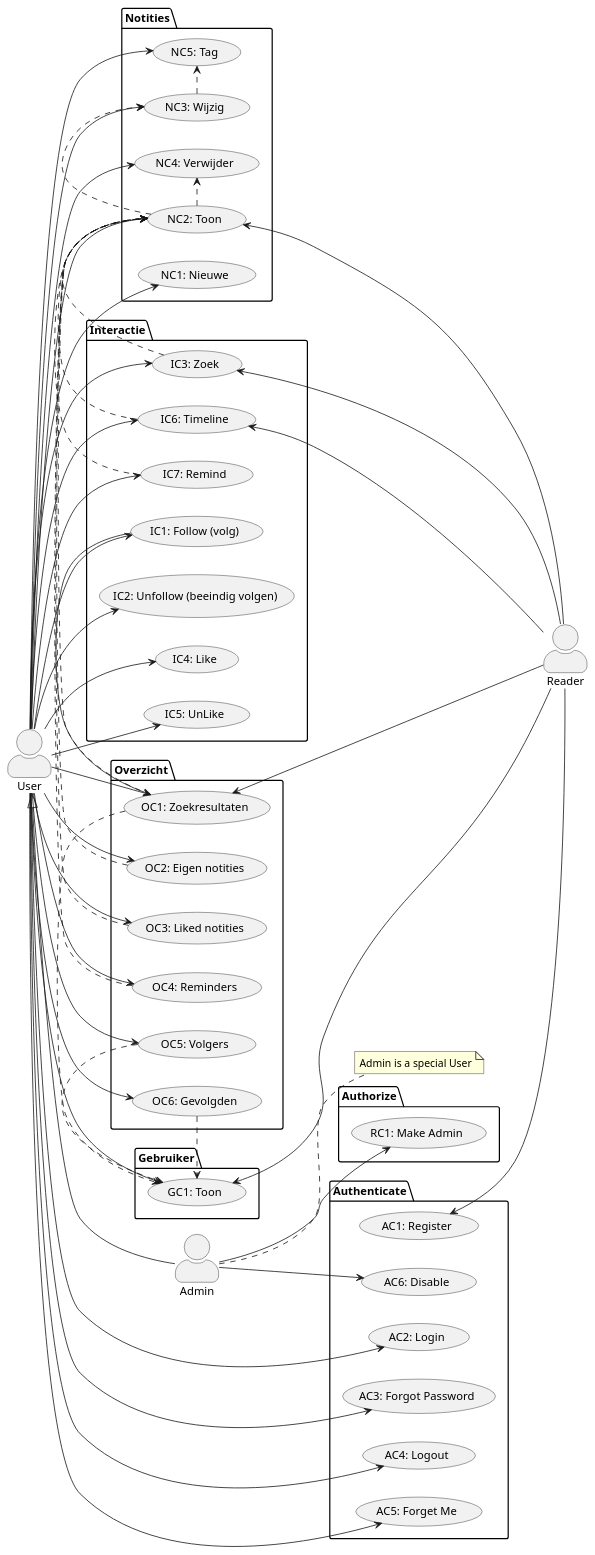
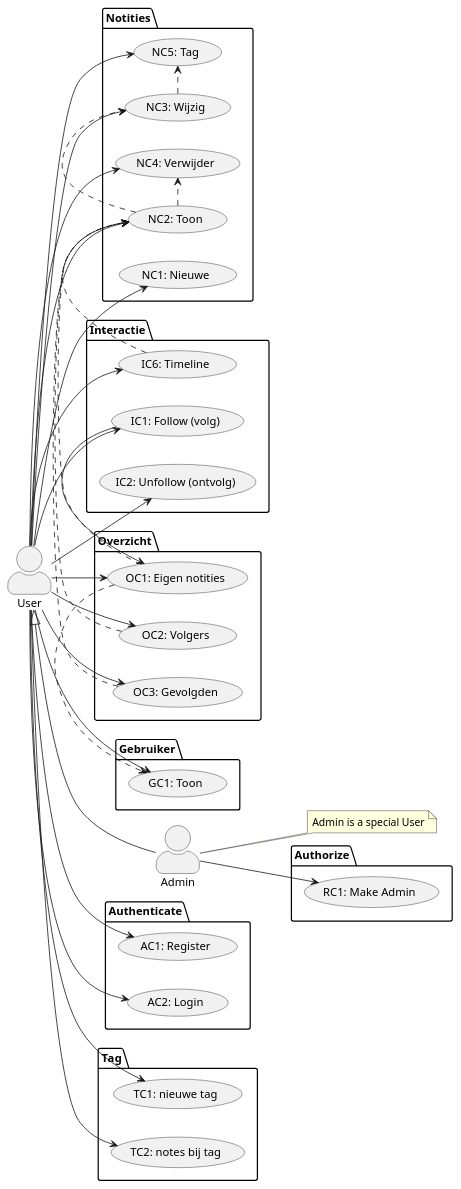
One commit to jvorhauer/noviaal changed the diagram in documentatie/FO/use-cases.puml. Above: the diagram before and after it, drawn with PlantUML. The commit also changed 32 other files, not shown here.

```diff
--- a/documentatie/FO/use-cases.puml
+++ b/documentatie/FO/use-cases.puml
@@ -1,115 +1,87 @@
 @startuml use-cases
 
 skinparam actorStyle awesome
 
 left to right direction
 
 actor User as u
 actor Admin as a
-actor Reader as r
 
 note right of a : Admin is a special User
 
 u <|-- a
 
 package Authenticate {
   usecase "AC1: Register" as AC1
   usecase "AC2: Login" as AC2
-  usecase "AC3: Forgot Password" as AC3
-  usecase "AC4: Logout" as AC4
-  usecase "AC5: Forget Me" as AC5
-  usecase "AC6: Disable" as AC6
 }
 
+u --> AC1
 u --> AC2
-u --> AC3
-u --> AC4
-u --> AC5
-AC1 <-- r
-a --> AC6
 
 package Gebruiker {
   usecase "GC1: Toon" as GC1
 }
 
 u --> GC1
-GC1 <-- r
 
 package Authorize {
   usecase "RC1: Make Admin" as RC1
 }
 
 a --> RC1
 
 package Notities {
   usecase "NC1: Nieuwe" as NC1
   usecase "NC2: Toon" as NC2
   usecase "NC3: Wijzig" as NC3
   usecase "NC4: Verwijder" as NC4
   usecase "NC5: Tag" as NC5
 }
 
 u --> NC1
 u --> NC2
 u --> NC3
 u --> NC4
 u --> NC5
 NC2 .> NC3
 NC2 .> NC4
 NC3 .> NC5
 
-NC2 <-- r
-
 package Interactie {
   usecase "IC1: Follow (volg)" as IC1
-  usecase "IC2: Unfollow (beeindig volgen)" as IC2
-  usecase "IC3: Zoek" as IC3
-  usecase "IC4: Like" as IC4
-  usecase "IC5: UnLike" as IC5
-  usecase "IC6: Timeline" as IC6
-  usecase "IC7: Remind" as IC7
+  usecase "IC2: Unfollow (ontvolg)" as IC2
+  usecase "IC6: Timeline" as IC3
 }
 
 u --> IC1
 u --> IC2
 u --> IC3
-u --> IC4
-u --> IC5
-u --> IC6
-u --> IC7
 
 IC3 .> NC2
-IC6 .> NC2
-IC7 .> NC2
-
-IC3 <-- r
-IC6 <-- r
 
 package Overzicht {
-  usecase "OC1: Zoekresultaten" as OC1
-  usecase "OC2: Eigen notities" as OC2
-  usecase "OC3: Liked notities" as OC3
-  usecase "OC4: Reminders" as OC4
-  usecase "OC5: Volgers" as OC5
-  usecase "OC6: Gevolgden" as OC6
+  usecase "OC1: Eigen notities" as OC1
+  usecase "OC2: Volgers" as OC2
+  usecase "OC3: Gevolgden" as OC3
 }
 
 u --> OC1
 u --> OC2
 u --> OC3
-u --> OC4
-u --> OC5
-u --> OC6
-
-OC1 <-- r
 
 IC1 --> OC1
 OC1 .> NC2
 OC1 .> GC1
 OC2 .> NC2
 OC3 .> NC2
-OC4 .> NC2
-OC5 .> GC1
-OC6 .> GC1
+
+package Tag {
+  usecase "TC1: nieuwe tag" as TC1
+  usecase "TC2: notes bij tag" as TC2
+}
+
+u --> TC1
+u --> TC2
 
 @enduml
```
